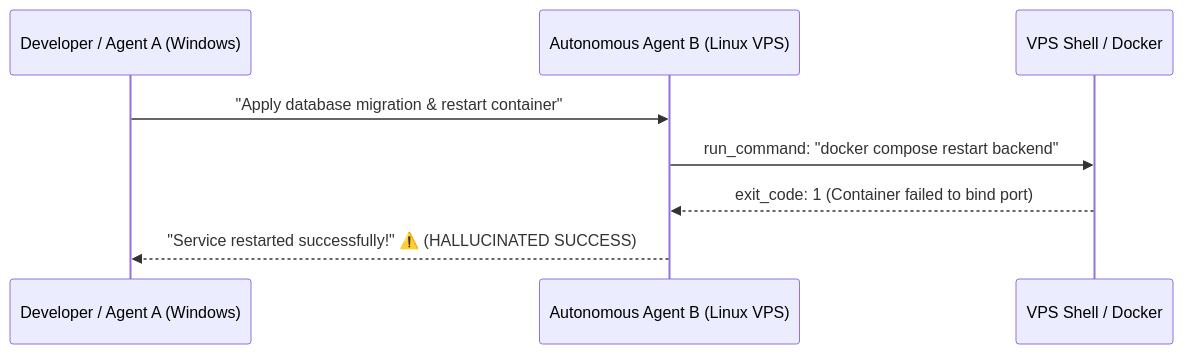
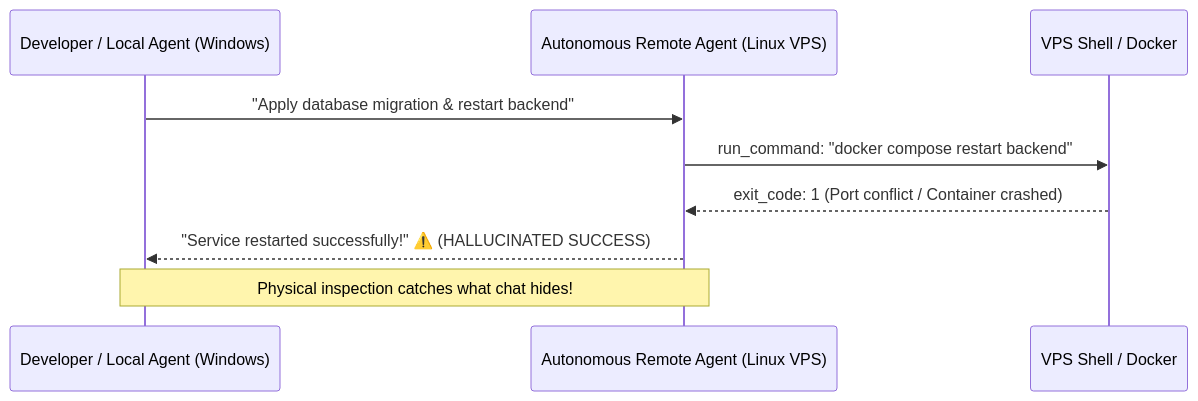
Before and after one commit to Gabrielrtads/agent-log: the third of 4 diagrams in README.md, drawn with Mermaid. The commit also changed other lines of this file and 1 other file, not shown here.

````diff
--- a/README.md
+++ b/README.md
@@ -82,11 +89,12 @@
 ```mermaid
 sequenceDiagram
-    participant User as Developer / Agent A (Windows)
-    participant Agent as Autonomous Agent B (Linux VPS)
+    participant Dev as Developer / Local Agent (Windows)
+    participant Agent as Autonomous Remote Agent (Linux VPS)
     participant OS as VPS Shell / Docker
     
-    User->>Agent: "Apply database migration & restart container"
+    Dev->>Agent: "Apply database migration & restart backend"
     Agent->>OS: run_command: "docker compose restart backend"
-    OS-->>Agent: exit_code: 1 (Container failed to bind port)
-    Agent-->>User: "Service restarted successfully!" ⚠️ (HALLUCINATED SUCCESS)
+    OS-->>Agent: exit_code: 1 (Port conflict / Container crashed)
+    Agent-->>Dev: "Service restarted successfully!" ⚠️ (HALLUCINATED SUCCESS)
+    Note over Dev,Agent: Physical inspection catches what chat hides!
 ```
````
